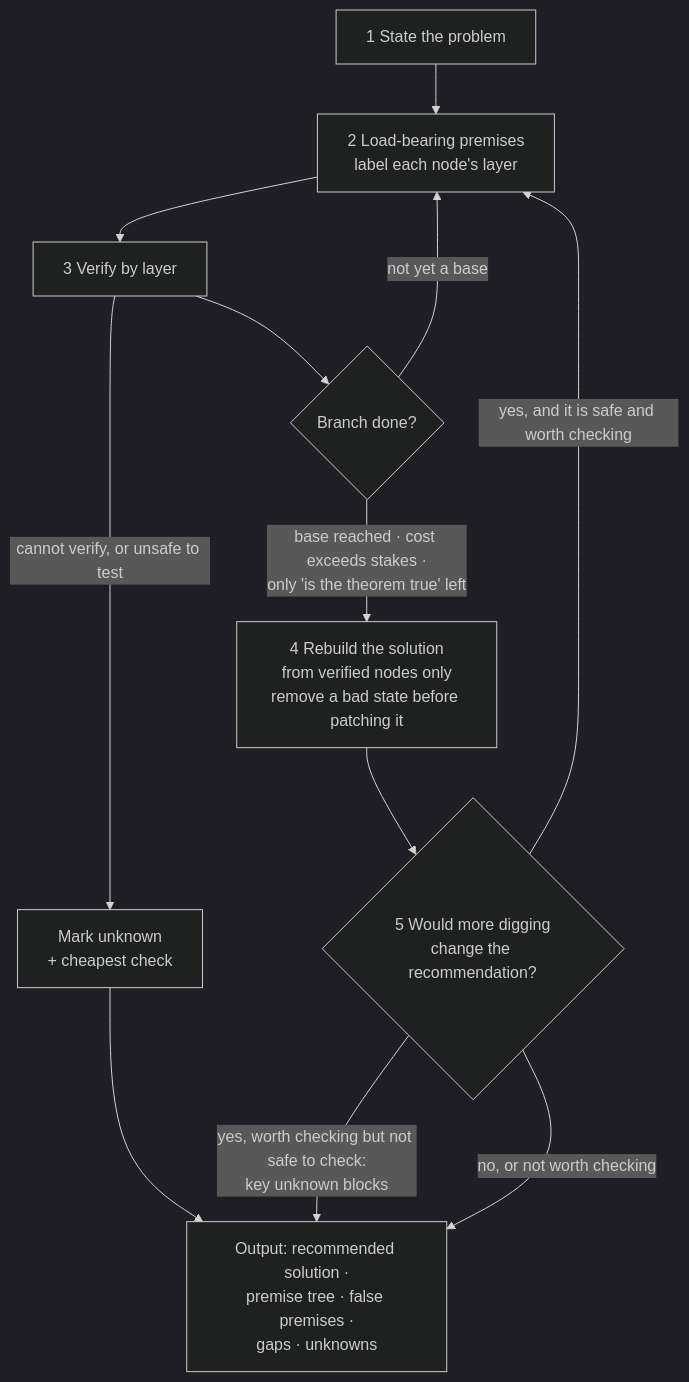
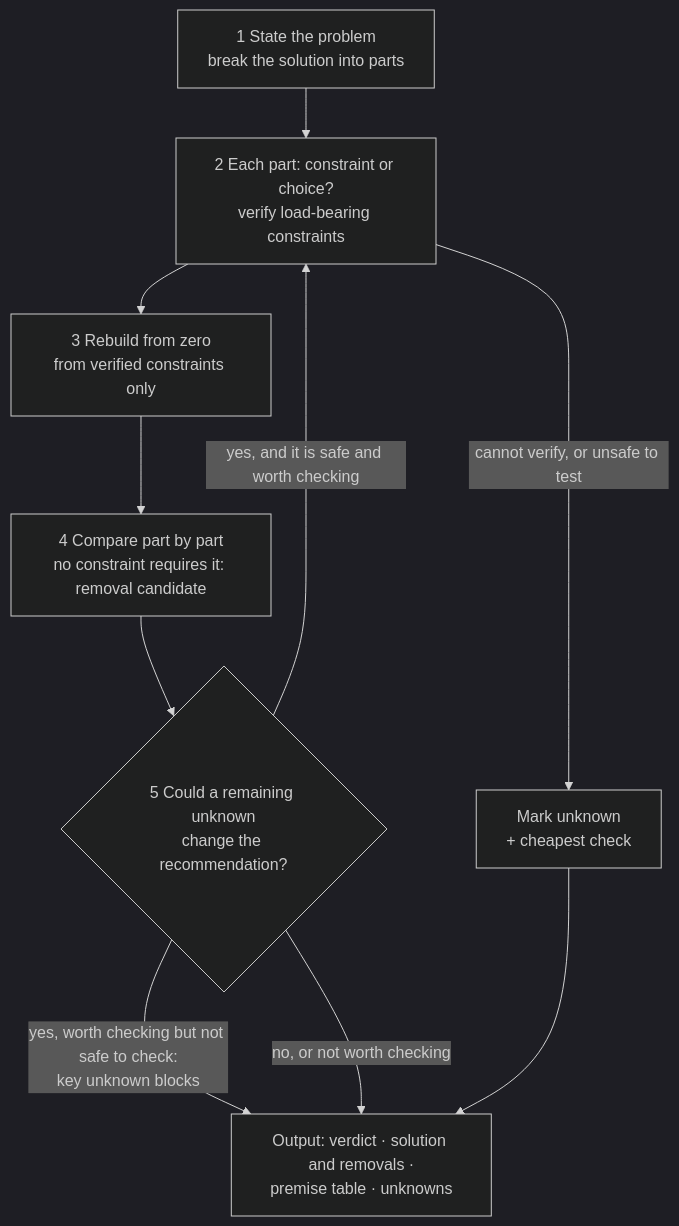
Before and after one commit to zk-hypersolid/premise-challenge: the second of 4 diagrams in README.md, drawn with Mermaid (dark theme). The commit also changed other lines of this file and 6 other files, not shown here.

First line of the commit message:
Rebuild solutions from constraints and list removals

````diff
--- a/README.md
+++ b/README.md
@@ -78,14 +78,12 @@
 ```mermaid
 flowchart TB
-    T["1 State the problem"] --> P["2 Load-bearing premises<br/>label each node's layer"]
-    P --> V["3 Verify by layer"]
-    V -- "cannot verify, or unsafe to test" --> UK["Mark unknown<br/>+ cheapest check"]
-    V --> B{"Branch done?"}
-    B -- "not yet a base" --> P
-    B -- "base reached · cost exceeds stakes ·<br/>only 'is the theorem true' left" --> R["4 Rebuild the solution<br/>from verified nodes only<br/>remove a bad state before patching it"]
-    R --> S{"5 Would more digging<br/>change the recommendation?"}
-    S -- "yes, and it is safe and worth checking" --> P
+    T["1 State the problem<br/>break the solution into parts"] --> K["2 Each part: constraint or choice?<br/>verify load-bearing constraints"]
+    K -- "cannot verify, or unsafe to test" --> UK["Mark unknown<br/>+ cheapest check"]
+    K --> R["3 Rebuild from zero<br/>from verified constraints only"]
+    R --> C["4 Compare part by part<br/>no constraint requires it: removal candidate"]
+    C --> S{"5 Could a remaining unknown<br/>change the recommendation?"}
+    S -- "yes, and it is safe and worth checking" --> K
     S -- "yes, worth checking but not safe to check:<br/>key unknown blocks" --> O
-    S -- "no, or not worth checking" --> O["Output: recommended solution ·<br/>premise tree · false premises ·<br/>gaps · unknowns"]
+    S -- "no, or not worth checking" --> O["Output: verdict · solution and removals ·<br/>premise table · unknowns"]
     UK --> O
 ```
````
